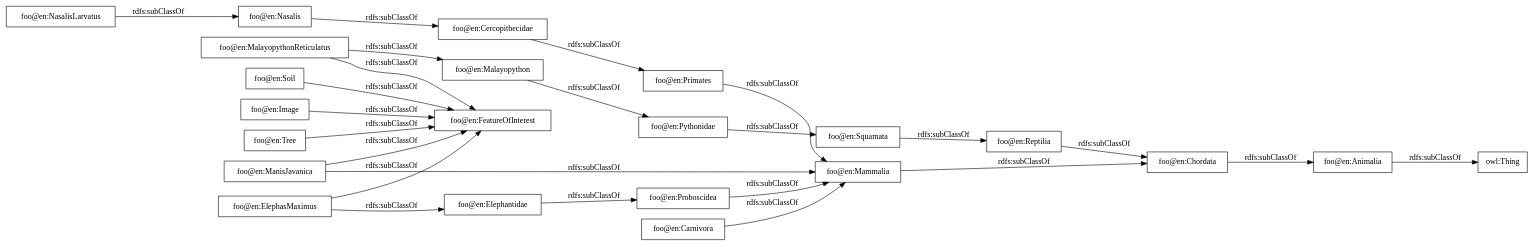
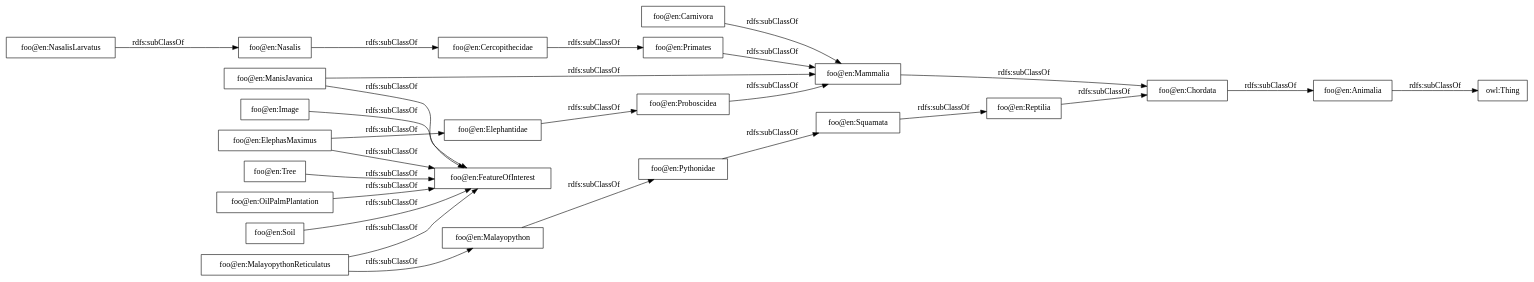
The diagram in OnToology/index.ttl/diagrams/ar2dtool-taxonomy/index.ttl.png.dot (Naeima/foo_html), drawn with Graphviz before and after one commit. The commit also changed 11 other files, not shown here.

```diff
--- a/OnToology/index.ttl/diagrams/ar2dtool-taxonomy/index.ttl.png.dot
+++ b/OnToology/index.ttl/diagrams/ar2dtool-taxonomy/index.ttl.png.dot
@@ -1,29 +1,30 @@
 digraph ar2dtool_diagram { 
 rankdir=LR;
 size="1000"
-node [shape = rectangle, color="black"]; "foo@en:NasalisLarvatus" "foo@en:Soil" "foo@en:Squamata" "foo@en:Mammalia" "foo@en:FeatureOfInterest" "foo@en:Image" "foo@en:Malayopython" "foo@en:Animalia" "foo@en:Tree" "foo@en:Cercopithecidae" "foo@en:ManisJavanica" "foo@en:MalayopythonReticulatus" "foo@en:ElephasMaximus" "foo@en:Primates" "foo@en:Carnivora" "foo@en:Nasalis" "foo@en:Elephantidae" "foo@en:Reptilia" "foo@en:Pythonidae" "foo@en:Proboscidea" "foo@en:Chordata" ; /*classes style*/
+node [shape = rectangle, color="black"]; "foo@en:NasalisLarvatus" "foo@en:Soil" "foo@en:Squamata" "foo@en:Mammalia" "foo@en:FeatureOfInterest" "foo@en:Image" "foo@en:Malayopython" "foo@en:Animalia" "foo@en:Tree" "foo@en:Cercopithecidae" "foo@en:ManisJavanica" "foo@en:OilPalmPlantation" "foo@en:MalayopythonReticulatus" "foo@en:ElephasMaximus" "foo@en:Primates" "foo@en:Carnivora" "foo@en:Nasalis" "foo@en:Elephantidae" "foo@en:Reptilia" "foo@en:Pythonidae" "foo@en:Proboscidea" "foo@en:Chordata" ; /*classes style*/
 	"foo@en:Tree" -> "foo@en:FeatureOfInterest" [ label = "rdfs:subClassOf" ];
 	"foo@en:Cercopithecidae" -> "foo@en:Primates" [ label = "rdfs:subClassOf" ];
 	"foo@en:Chordata" -> "foo@en:Animalia" [ label = "rdfs:subClassOf" ];
 	"foo@en:Soil" -> "foo@en:FeatureOfInterest" [ label = "rdfs:subClassOf" ];
 	"foo@en:Squamata" -> "foo@en:Reptilia" [ label = "rdfs:subClassOf" ];
 	"foo@en:Elephantidae" -> "foo@en:Proboscidea" [ label = "rdfs:subClassOf" ];
 	"foo@en:Proboscidea" -> "foo@en:Mammalia" [ label = "rdfs:subClassOf" ];
 	"foo@en:Reptilia" -> "foo@en:Chordata" [ label = "rdfs:subClassOf" ];
 	"foo@en:ManisJavanica" -> "foo@en:FeatureOfInterest" [ label = "rdfs:subClassOf" ];
 	"foo@en:ManisJavanica" -> "foo@en:Mammalia" [ label = "rdfs:subClassOf" ];
 	"foo@en:Nasalis" -> "foo@en:Cercopithecidae" [ label = "rdfs:subClassOf" ];
+	"foo@en:OilPalmPlantation" -> "foo@en:FeatureOfInterest" [ label = "rdfs:subClassOf" ];
 	"foo@en:ElephasMaximus" -> "foo@en:FeatureOfInterest" [ label = "rdfs:subClassOf" ];
 	"foo@en:ElephasMaximus" -> "foo@en:Elephantidae" [ label = "rdfs:subClassOf" ];
 	"foo@en:Animalia" -> "owl:Thing" [ label = "rdfs:subClassOf" ];
 	"foo@en:Malayopython" -> "foo@en:Pythonidae" [ label = "rdfs:subClassOf" ];
 	"foo@en:Carnivora" -> "foo@en:Mammalia" [ label = "rdfs:subClassOf" ];
 	"foo@en:Mammalia" -> "foo@en:Chordata" [ label = "rdfs:subClassOf" ];
 	"foo@en:MalayopythonReticulatus" -> "foo@en:FeatureOfInterest" [ label = "rdfs:subClassOf" ];
 	"foo@en:MalayopythonReticulatus" -> "foo@en:Malayopython" [ label = "rdfs:subClassOf" ];
 	"foo@en:Pythonidae" -> "foo@en:Squamata" [ label = "rdfs:subClassOf" ];
 	"foo@en:Primates" -> "foo@en:Mammalia" [ label = "rdfs:subClassOf" ];
 	"foo@en:NasalisLarvatus" -> "foo@en:Nasalis" [ label = "rdfs:subClassOf" ];
 	"foo@en:Image" -> "foo@en:FeatureOfInterest" [ label = "rdfs:subClassOf" ];
 
 }
```
